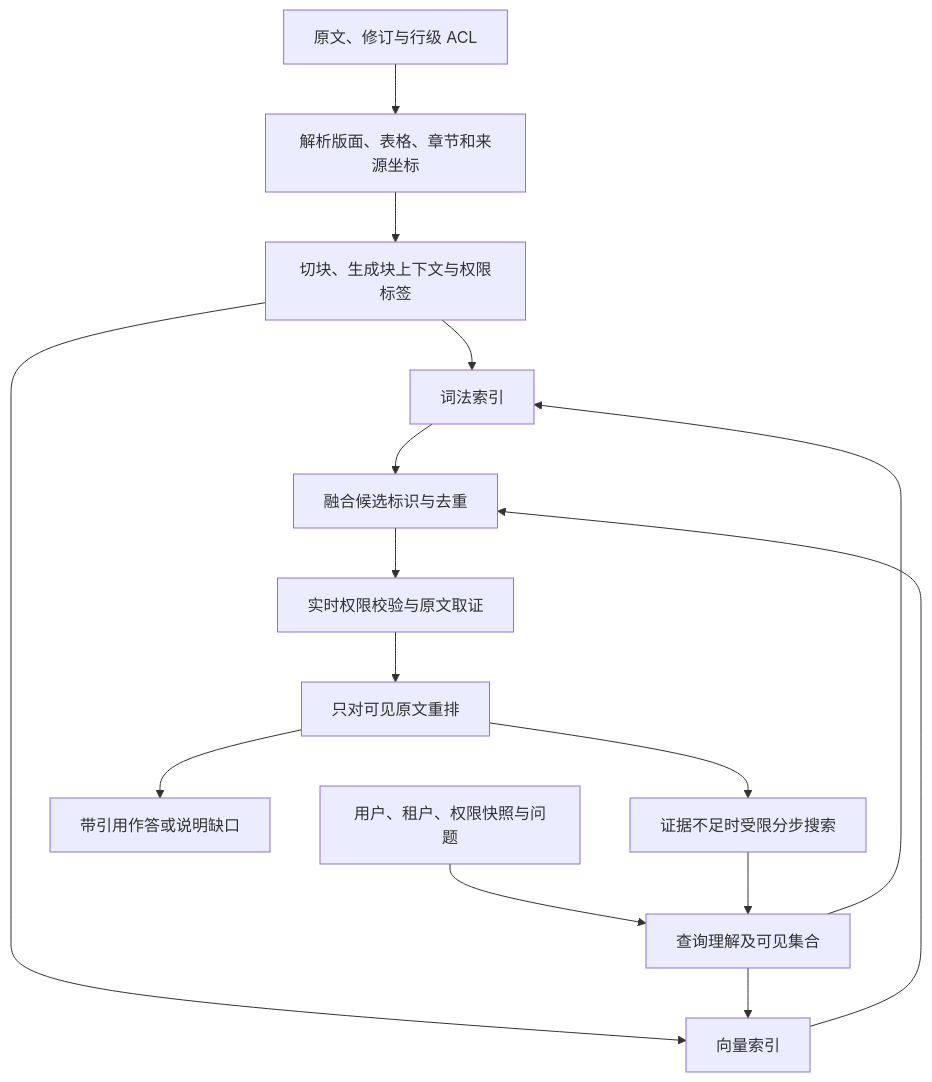
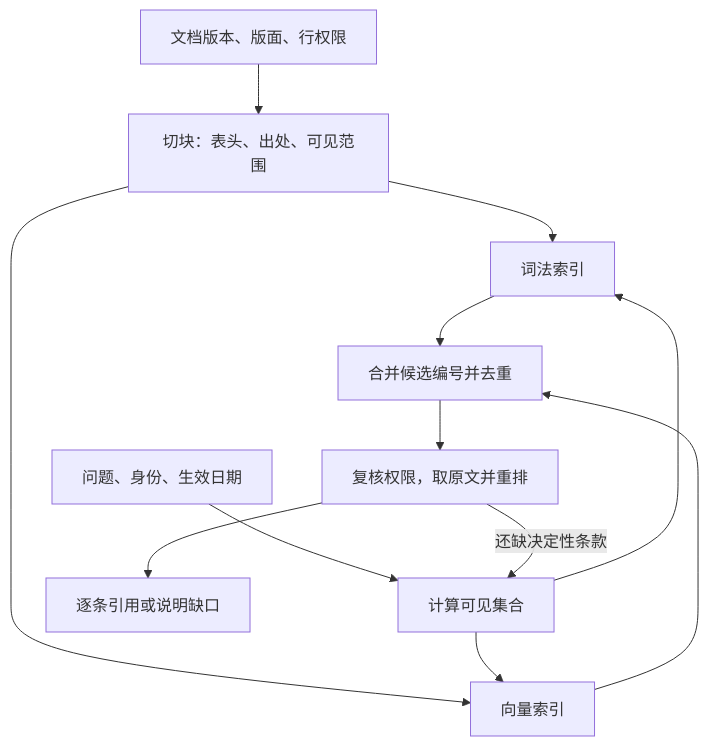
The fifth of 6 diagrams in 10-frontier-trends-2026-and-interview-playbook/02-interview-system-design-playbook.md (echonoshy/agent-engineering-handbook), drawn with Mermaid before and after one commit. The commit also changed other lines of this file and 21 other files, not shown here.

````diff
--- a/10-frontier-trends-2026-and-interview-playbook/02-interview-system-design-playbook.md
+++ b/10-frontier-trends-2026-and-interview-playbook/02-interview-system-design-playbook.md
@@ -172,17 +193,14 @@
 ```mermaid
 flowchart TD
-    A["原文、修订与行级 ACL"] --> B["解析版面、表格、章节和来源坐标"]
-    B --> C["切块、生成块上下文与权限标签"]
-    C --> D["词法索引"]
-    C --> E["向量索引"]
-    U["用户、租户、权限快照与问题"] --> Q["查询理解及可见集合"]
-    Q --> D
-    Q --> E
-    D --> R["融合候选标识与去重"]
-    E --> R
-    R --> V["实时权限校验与原文取证"]
-    V --> K["只对可见原文重排"]
-    K --> G["带引用作答或说明缺口"]
-    K --> S["证据不足时受限分步搜索"]
-    S --> Q
+    D["文档版本、版面、行权限"] --> C["切块：表头、出处、可见范围"]
+    C --> L["词法索引"]
+    C --> V["向量索引"]
+    U["问题、身份、生效日期"] --> Q["计算可见集合"]
+    Q --> L
+    Q --> V
+    L --> R["合并候选编号并去重"]
+    V --> R
+    R --> E["复核权限，取原文并重排"]
+    E --> G["逐条引用或说明缺口"]
+    E -->|"还缺决定性条款"| Q
 ```
````
